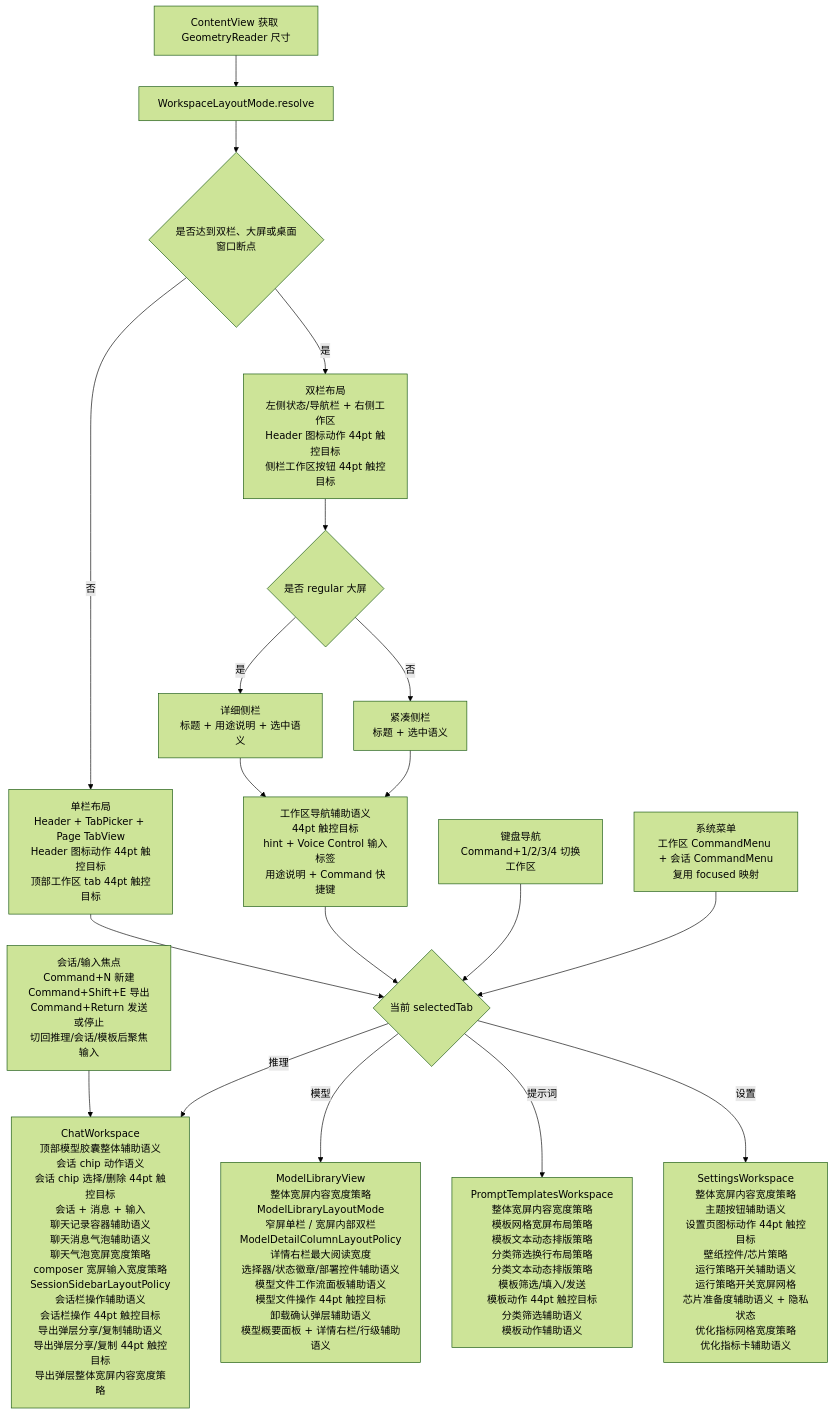
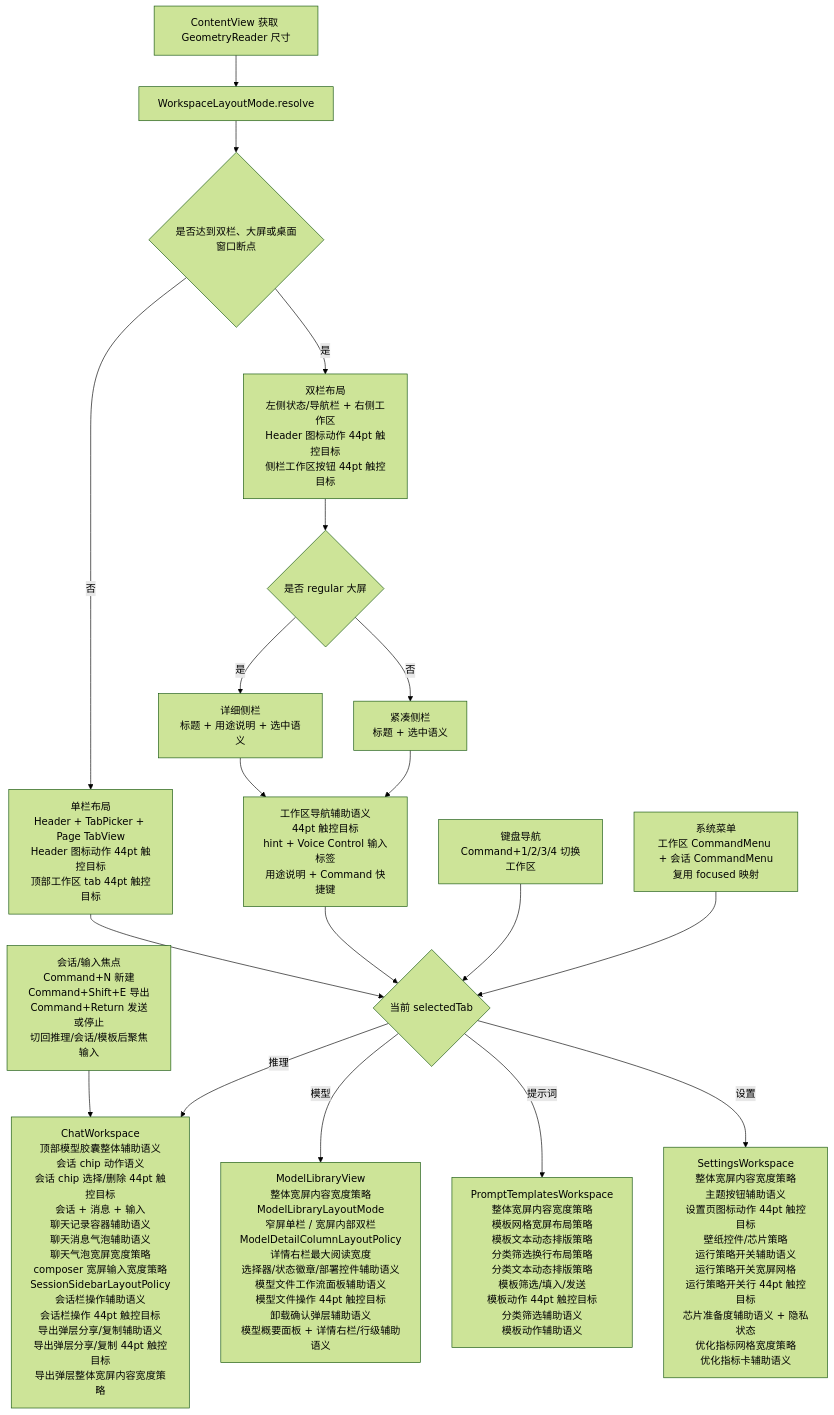
Before and after one commit to Altman-sam114/113: the fifth of 10 diagrams in md/flow/flowchart.md, drawn with Mermaid (forest theme). The commit also changed other lines of this file and 8 other files, not shown here.

````diff
--- a/md/flow/flowchart.md
+++ b/md/flow/flowchart.md
@@ -84,21 +84,21 @@
 ```mermaid
 flowchart TD
     A[ContentView 获取 GeometryReader 尺寸] --> B[WorkspaceLayoutMode.resolve]
     B --> C{是否达到双栏、大屏或桌面窗口断点}
     C -- 否 --> D[单栏布局<br/>Header + TabPicker + Page TabView<br/>Header 图标动作 44pt 触控目标<br/>顶部工作区 tab 44pt 触控目标]
     C -- 是 --> E[双栏布局<br/>左侧状态/导航栏 + 右侧工作区<br/>Header 图标动作 44pt 触控目标<br/>侧栏工作区按钮 44pt 触控目标]
     E --> N{是否 regular 大屏}
     N -- 是 --> O[详细侧栏<br/>标题 + 用途说明 + 选中语义]
     N -- 否 --> P[紧凑侧栏<br/>标题 + 选中语义]
     D --> F{当前 selectedTab}
     O --> X[工作区导航辅助语义<br/>44pt 触控目标<br/>hint + Voice Control 输入标签<br/>用途说明 + Command 快捷键]
     P --> X
     X --> F
     K[键盘导航<br/>Command+1/2/3/4 切换工作区] --> F
     M[系统菜单<br/>工作区 CommandMenu + 会话 CommandMenu<br/>复用 focused 映射] --> F
     L[会话/输入焦点<br/>Command+N 新建<br/>Command+Shift+E 导出<br/>Command+Return 发送或停止<br/>切回推理/会话/模板后聚焦输入] --> G
     F -- 推理 --> G[ChatWorkspace<br/>顶部模型胶囊整体辅助语义<br/>会话 chip 动作语义<br/>会话 chip 选择/删除 44pt 触控目标<br/>会话 + 消息 + 输入<br/>聊天记录容器辅助语义<br/>聊天消息气泡辅助语义<br/>聊天气泡宽屏宽度策略<br/>composer 宽屏输入宽度策略<br/>SessionSidebarLayoutPolicy<br/>会话栏操作辅助语义<br/>会话栏操作 44pt 触控目标<br/>导出弹层分享/复制辅助语义<br/>导出弹层分享/复制 44pt 触控目标<br/>导出弹层整体宽屏内容宽度策略]
     F -- 模型 --> H[ModelLibraryView<br/>整体宽屏内容宽度策略<br/>ModelLibraryLayoutMode<br/>窄屏单栏 / 宽屏内部双栏<br/>ModelDetailColumnLayoutPolicy<br/>详情右栏最大阅读宽度<br/>选择器/状态徽章/部署控件辅助语义<br/>模型文件工作流面板辅助语义<br/>模型文件操作 44pt 触控目标<br/>卸载确认弹层辅助语义<br/>模型概要面板 + 详情右栏/行级辅助语义]
     F -- 提示词 --> I[PromptTemplatesWorkspace<br/>整体宽屏内容宽度策略<br/>模板网格宽屏布局策略<br/>模板文本动态排版策略<br/>分类筛选换行布局策略<br/>分类文本动态排版策略<br/>模板筛选/填入/发送<br/>模板动作 44pt 触控目标<br/>分类筛选辅助语义<br/>模板动作辅助语义]
-    F -- 设置 --> J[SettingsWorkspace<br/>整体宽屏内容宽度策略<br/>主题按钮辅助语义<br/>设置页图标动作 44pt 触控目标<br/>壁纸控件/芯片策略<br/>运行策略开关辅助语义<br/>运行策略开关宽屏网格<br/>芯片准备度辅助语义 + 隐私状态<br/>优化指标网格宽度策略<br/>优化指标卡辅助语义]
+    F -- 设置 --> J[SettingsWorkspace<br/>整体宽屏内容宽度策略<br/>主题按钮辅助语义<br/>设置页图标动作 44pt 触控目标<br/>壁纸控件/芯片策略<br/>运行策略开关辅助语义<br/>运行策略开关宽屏网格<br/>运行策略开关行 44pt 触控目标<br/>芯片准备度辅助语义 + 隐私状态<br/>优化指标网格宽度策略<br/>优化指标卡辅助语义]
 ```
````
